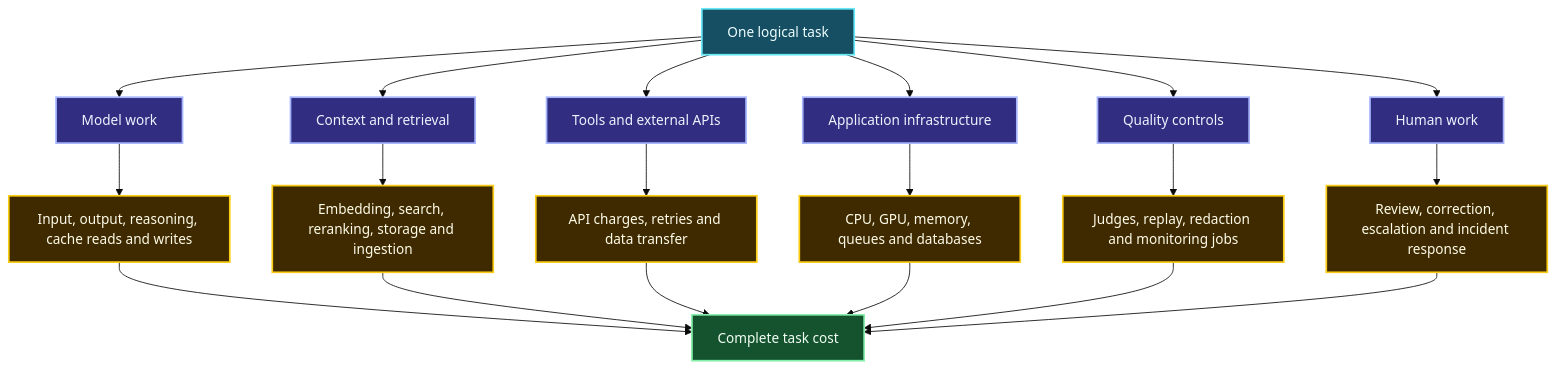
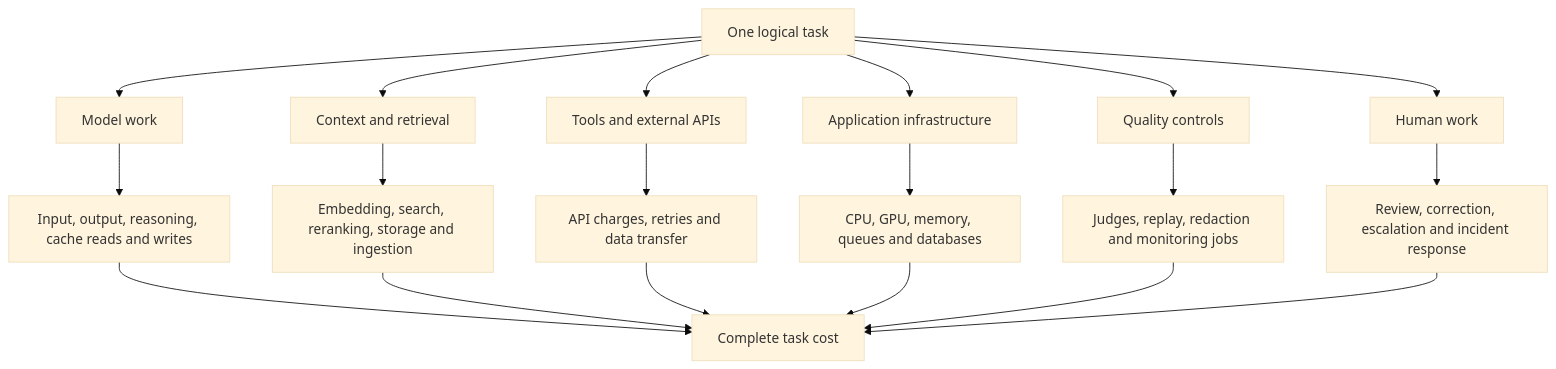
The second of 6 diagrams in roadmaps/mlops/modules/llmops/runtime-observability/03-quality-and-cost.md (senlinyy/dev-roadmaps), drawn with Mermaid (base theme) before and after one commit. The commit also changed other lines of this file and 152 other files, not shown here.

Commit message:
feat: mlops and diagrams updated

````diff
--- a/roadmaps/mlops/modules/llmops/runtime-observability/03-quality-and-cost.md
+++ b/roadmaps/mlops/modules/llmops/runtime-observability/03-quality-and-cost.md
@@ -185,30 +183,28 @@
 ```mermaid
 flowchart TD
     A["One logical task"] --> B["Model work"]
     A --> C["Context and retrieval"]
     A --> D["Tools and external APIs"]
     A --> E["Application infrastructure"]
     A --> F["Quality controls"]
     A --> G["Human work"]
 
     B --> B1["Input, output, reasoning, cache reads and writes"]
     C --> C1["Embedding, search, reranking, storage and ingestion"]
     D --> D1["API charges, retries and data transfer"]
     E --> E1["CPU, GPU, memory, queues and databases"]
     F --> F1["Judges, replay, redaction and monitoring jobs"]
     G --> G1["Review, correction, escalation and incident response"]
 
     B1 --> H["Complete task cost"]
     C1 --> H
     D1 --> H
     E1 --> H
     F1 --> H
     G1 --> H
 
-    classDef task fill:#164E63,stroke:#67E8F9,color:#ECFEFF,stroke-width:2px; classDef category fill:#312E81,stroke:#A5B4FC,color:#EEF2FF,stroke-width:2px;
-    classDef detail fill:#3F2A00,stroke:#FACC15,color:#FEFCE8,stroke-width:2px; classDef total fill:#14532D,stroke:#86EFAC,color:#F0FDF4,stroke-width:2px;
     class A task;
     class B,C,D,E,F,G category;
     class B1,C1,D1,E1,F1,G1 detail;
     class H total;
 ```
````
